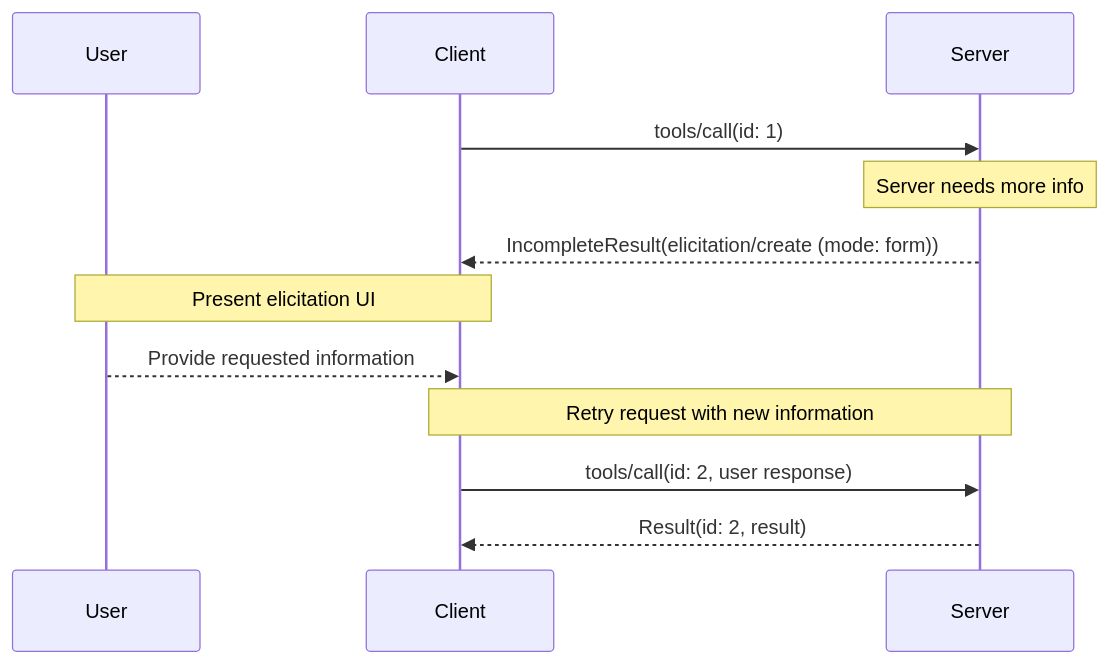
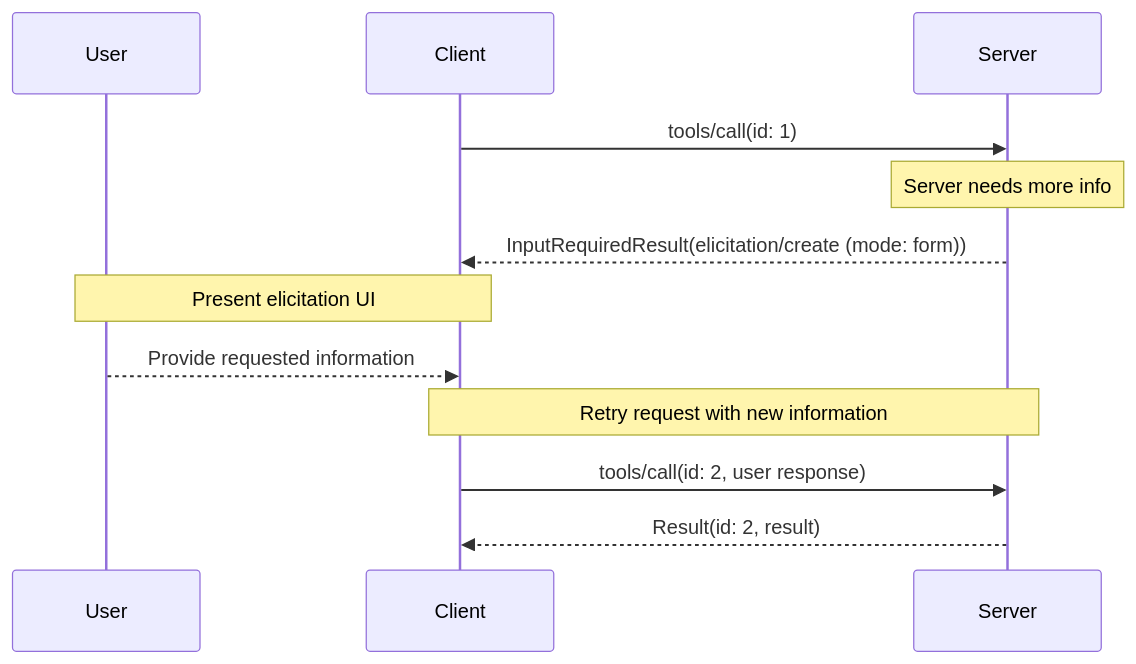
One commit to modelcontextprotocol/modelcontextprotocol changed the first of 3 diagrams in docs/specification/draft/client/elicitation.mdx. Above: the diagram before and after it, drawn with Mermaid. The commit also changed other lines of this file and 14 other files, not shown here.

First line of the commit message:
rename IncompleteResult to InputRequiredResult (#19)

````diff
--- a/docs/specification/draft/client/elicitation.mdx
+++ b/docs/specification/draft/client/elicitation.mdx
@@ -445,17 +445,17 @@
 ```mermaid
 sequenceDiagram
     participant User
     participant Client
     participant Server
 
     Client->>Server: tools/call(id: 1)
     note over Server: Server needs more info
-    Server-->>Client: IncompleteResult(elicitation/create (mode: form))
+    Server-->>Client: InputRequiredResult(elicitation/create (mode: form))
 
     Note over User,Client: Present elicitation UI
     User-->>Client: Provide requested information
 
     Note over Server,Client: Retry request with new information
     Client->>Server: tools/call(id: 2, user response)
     Server-->>Client: Result(id: 2, result)
 ```
````
